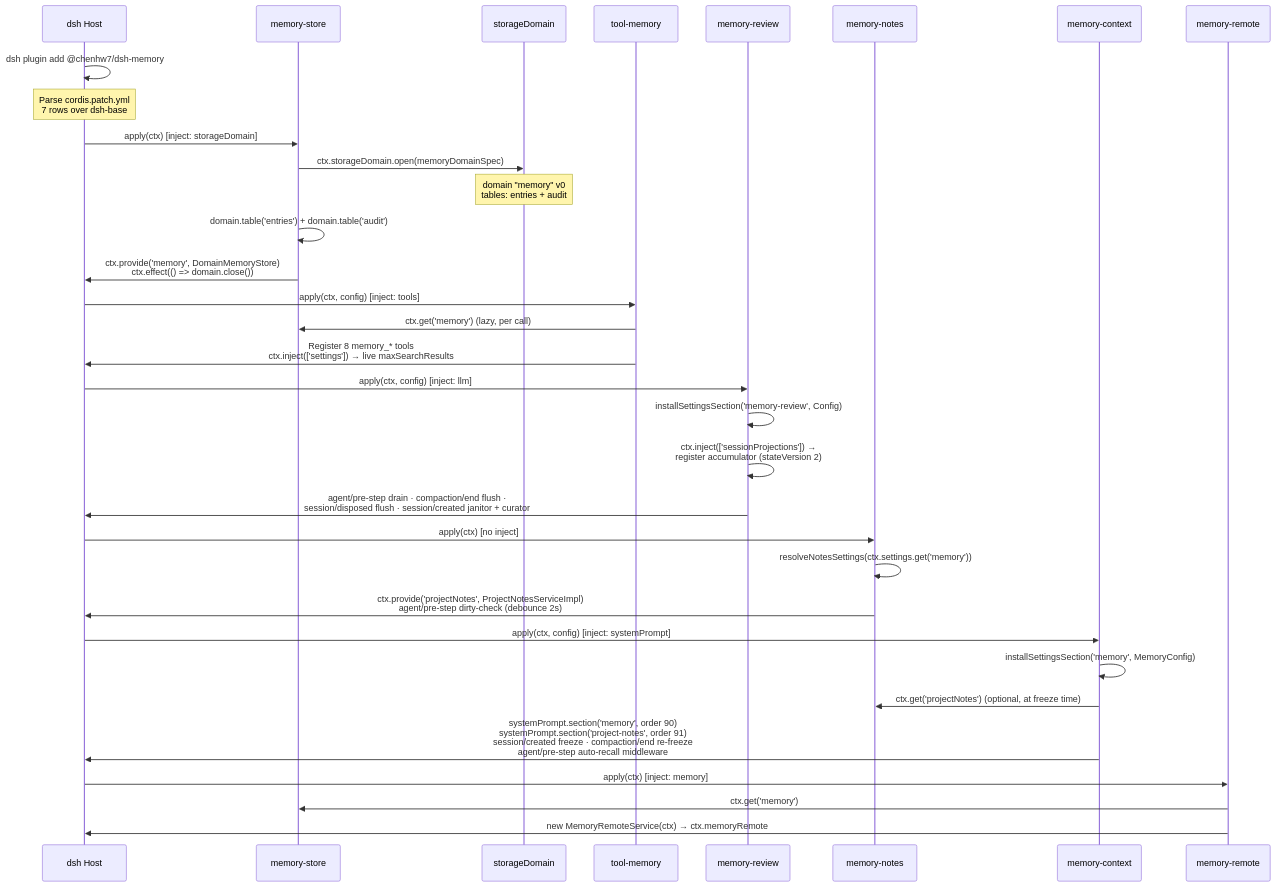
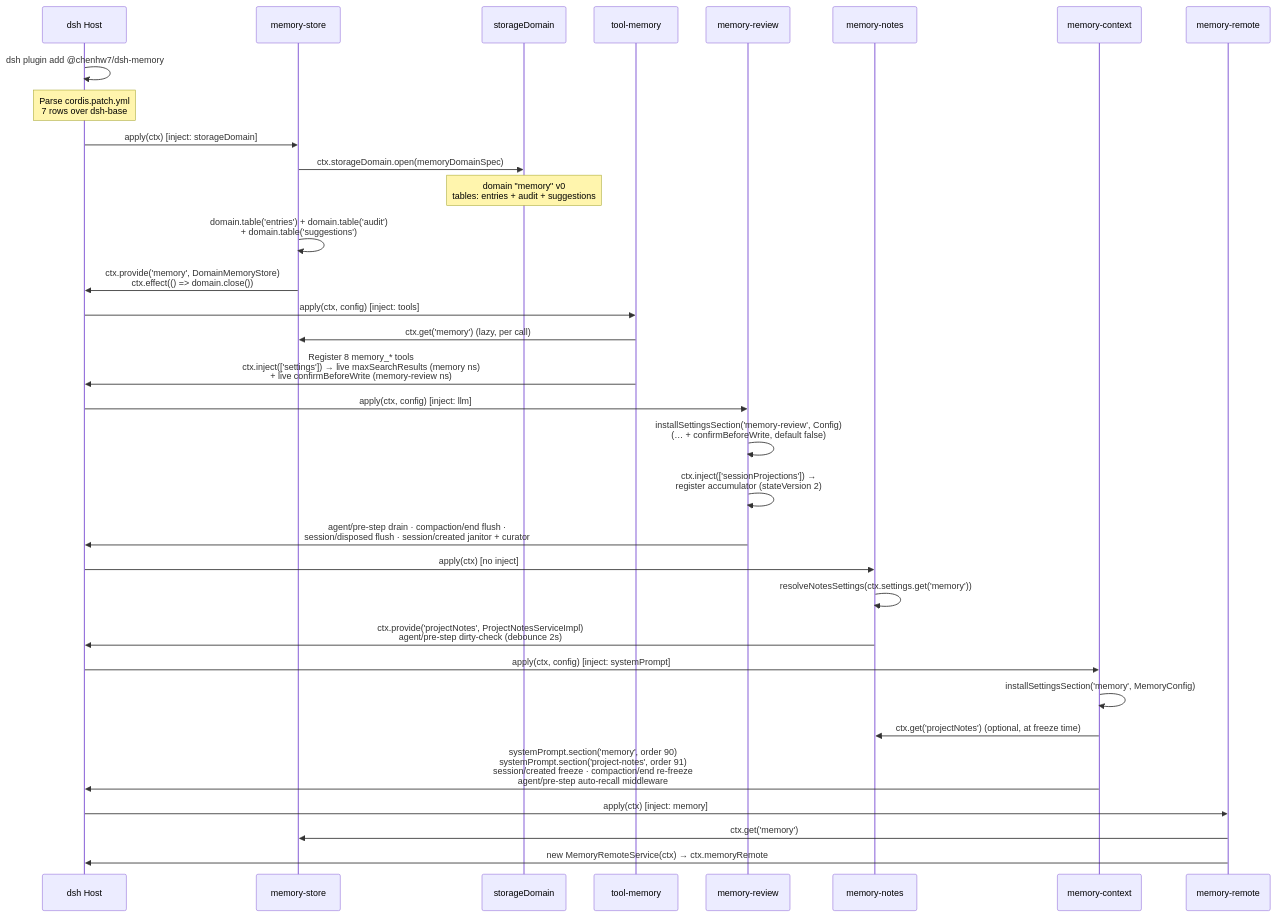
Before and after one commit to chenhw7/dsh-memory: the first of 14 diagrams in docs/SEQUENCE_DIAGRAMS.md, drawn with Mermaid. The commit also changed other lines of this file and 2 other files, not shown here.

First line of the commit message:
docs: sync README / TECH_DESIGN / SEQUENCE_DIAGRAMS with the v0.5.0 implementation

````diff
--- a/docs/SEQUENCE_DIAGRAMS.md
+++ b/docs/SEQUENCE_DIAGRAMS.md
@@ -14,42 +14,42 @@
 ```mermaid
 sequenceDiagram
     participant Host as dsh Host
     participant Store as memory-store
     participant SD as storageDomain
     participant Tool as tool-memory
     participant Review as memory-review
     participant Notes as memory-notes
     participant Context as memory-context
     participant Remote as memory-remote
 
     Host->>Host: dsh plugin add @chenhw7/dsh-memory
     Note over Host: Parse cordis.patch.yml<br/>7 rows over dsh-base
 
     Host->>Store: apply(ctx) [inject: storageDomain]
     Store->>SD: ctx.storageDomain.open(memoryDomainSpec)
-    Note over SD: domain "memory" v0<br/>tables: entries + audit
-    Store->>Store: domain.table('entries') + domain.table('audit')
+    Note over SD: domain "memory" v0<br/>tables: entries + audit + suggestions
+    Store->>Store: domain.table('entries') + domain.table('audit')<br/>+ domain.table('suggestions')
     Store->>Host: ctx.provide('memory', DomainMemoryStore)<br/>ctx.effect(() => domain.close())
 
     Host->>Tool: apply(ctx, config) [inject: tools]
     Tool->>Store: ctx.get('memory') (lazy, per call)
-    Tool->>Host: Register 8 memory_* tools<br/>ctx.inject(['settings']) → live maxSearchResults
+    Tool->>Host: Register 8 memory_* tools<br/>ctx.inject(['settings']) → live maxSearchResults (memory ns)<br/>+ live confirmBeforeWrite (memory-review ns)
 
     Host->>Review: apply(ctx, config) [inject: llm]
-    Review->>Review: installSettingsSection('memory-review', Config)
+    Review->>Review: installSettingsSection('memory-review', Config)<br/>(… + confirmBeforeWrite, default false)
     Review->>Review: ctx.inject(['sessionProjections']) →<br/>register accumulator (stateVersion 2)
     Review->>Host: agent/pre-step drain · compaction/end flush ·<br/>session/disposed flush · session/created janitor + curator
 
     Host->>Notes: apply(ctx) [no inject]
     Notes->>Notes: resolveNotesSettings(ctx.settings.get('memory'))
     Notes->>Host: ctx.provide('projectNotes', ProjectNotesServiceImpl)<br/>agent/pre-step dirty-check (debounce 2s)
 
     Host->>Context: apply(ctx, config) [inject: systemPrompt]
     Context->>Context: installSettingsSection('memory', MemoryConfig)
     Context->>Notes: ctx.get('projectNotes') (optional, at freeze time)
     Context->>Host: systemPrompt.section('memory', order 90)<br/>systemPrompt.section('project-notes', order 91)<br/>session/created freeze · compaction/end re-freeze<br/>agent/pre-step auto-recall middleware
 
     Host->>Remote: apply(ctx) [inject: memory]
     Remote->>Store: ctx.get('memory')
     Remote->>Host: new MemoryRemoteService(ctx) → ctx.memoryRemote
 ```
````
